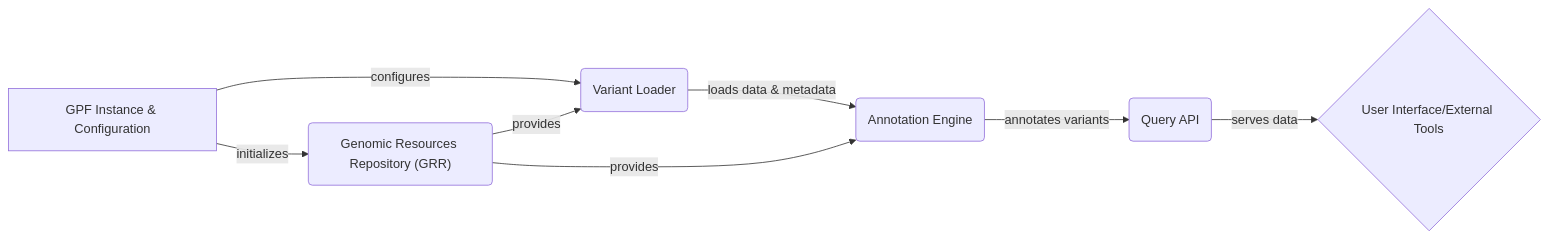
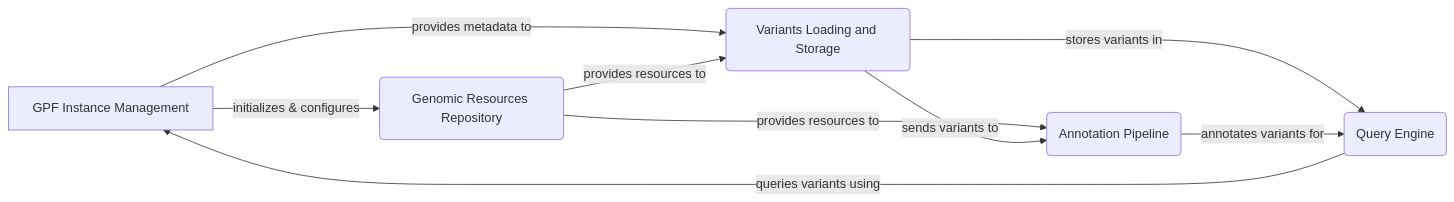
The diagram in gpf/on_boarding.md (CodeBoarding/GeneratedOnBoardings), drawn with Mermaid before and after one commit. The commit also changed other lines of this file and 9 other files, not shown here.

````diff
--- a/gpf/on_boarding.md
+++ b/gpf/on_boarding.md
@@ -5,17 +7,17 @@
 ```mermaid
 graph LR
-    A[GPF Instance & Configuration] -- initializes --> B("Genomic Resources Repository (GRR)")
-    A -- configures --> C(Variant Loader)
-    B -- provides --> C
-    C -- loads data & metadata --> D(Annotation Engine)
-    B -- provides --> D
-    D -- annotates variants --> E(Query API)
-    E -- serves data --> F{User Interface/External Tools}
+    A[GPF Instance Management] -- initializes & configures --> B(Genomic Resources Repository)
+    A -- provides metadata to --> C(Variants Loading and Storage)
+    B -- provides resources to --> C
+    C -- stores variants in --> D(Query Engine)
+    B -- provides resources to --> E(Annotation Pipeline)
+    C -- sends variants to --> E
+    E -- annotates variants for --> D
+    D -- queries variants using --> A
 
-click A href "https://github.com/CodeBoarding/GeneratedOnBoardings/blob/main/gpf//GPF%20Instance%20&%20Configuration.md"
-click B href "https://github.com/CodeBoarding/GeneratedOnBoardings/blob/main/gpf//Genomic%20Resources%20Repository%20(GRR).md"
-click C href "https://github.com/CodeBoarding/GeneratedOnBoardings/blob/main/gpf//Variant%20Loader.md"
-click D href "https://github.com/CodeBoarding/GeneratedOnBoardings/blob/main/gpf//Annotation%20Engine.md"
-click E href "https://github.com/CodeBoarding/GeneratedOnBoardings/blob/main/gpf//Query%20API.md"
-
+click A href "https://github.com/CodeBoarding/GeneratedOnBoardings/blob/main/gpf//GPF Instance Management.md"
+click B href "https://github.com/CodeBoarding/GeneratedOnBoardings/blob/main/gpf//Genomic Resources Repository (GRR).md"
+click C href "https://github.com/CodeBoarding/GeneratedOnBoardings/blob/main/gpf//Variants Loading and Storage.md"
+click D href "https://github.com/CodeBoarding/GeneratedOnBoardings/blob/main/gpf//Query Engine.md"
+click E href "https://github.com/CodeBoarding/GeneratedOnBoardings/blob/main/gpf//Annotation Pipeline.md"
 ```
````
